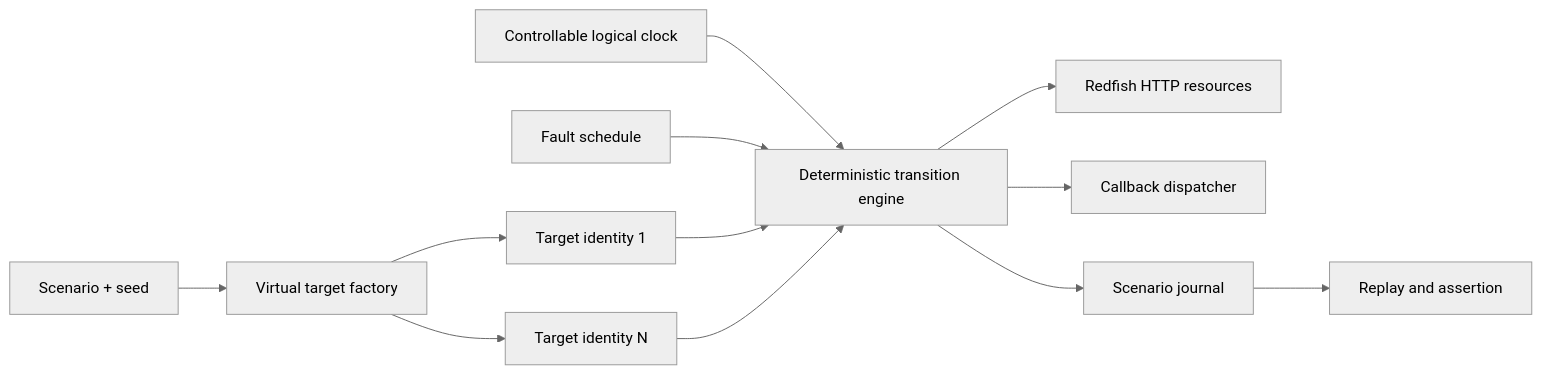
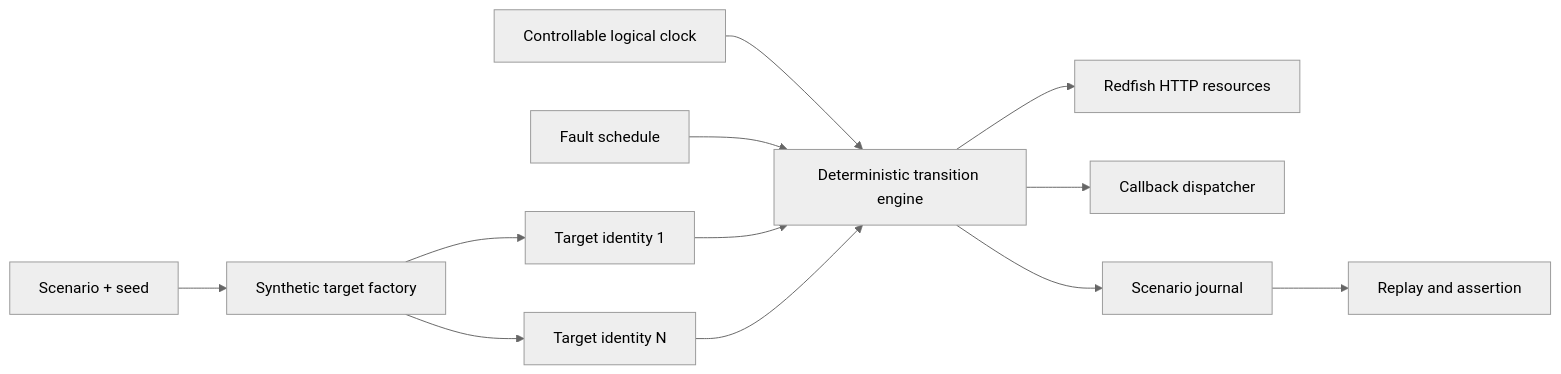
One commit to parth10-05/FleetForge changed the diagram in docs/implementation-plan/04-redfish-simulator.md. Above: the diagram before and after it, drawn with Mermaid (neutral theme). The commit also changed other lines of this file and 64 other files, not shown here.

Commit message:
docs: align architecture with synthetic target backend

````diff
--- a/docs/implementation-plan/04-redfish-simulator.md
+++ b/docs/implementation-plan/04-redfish-simulator.md
@@ -46,14 +46,14 @@
 ```mermaid
 flowchart LR
-  Scenario[Scenario + seed] --> Factory[Virtual target factory]
+  Scenario[Scenario + seed] --> Factory[Synthetic target factory]
   Factory --> T1[Target identity 1]
   Factory --> TN[Target identity N]
   Clock[Controllable logical clock] --> Engine[Deterministic transition engine]
   Faults[Fault schedule] --> Engine
   T1 --> Engine
   TN --> Engine
   Engine --> HTTP[Redfish HTTP resources]
   Engine --> Events[Callback dispatcher]
   Engine --> Journal[Scenario journal]
   Journal --> Replay[Replay and assertion]
 ```
````
